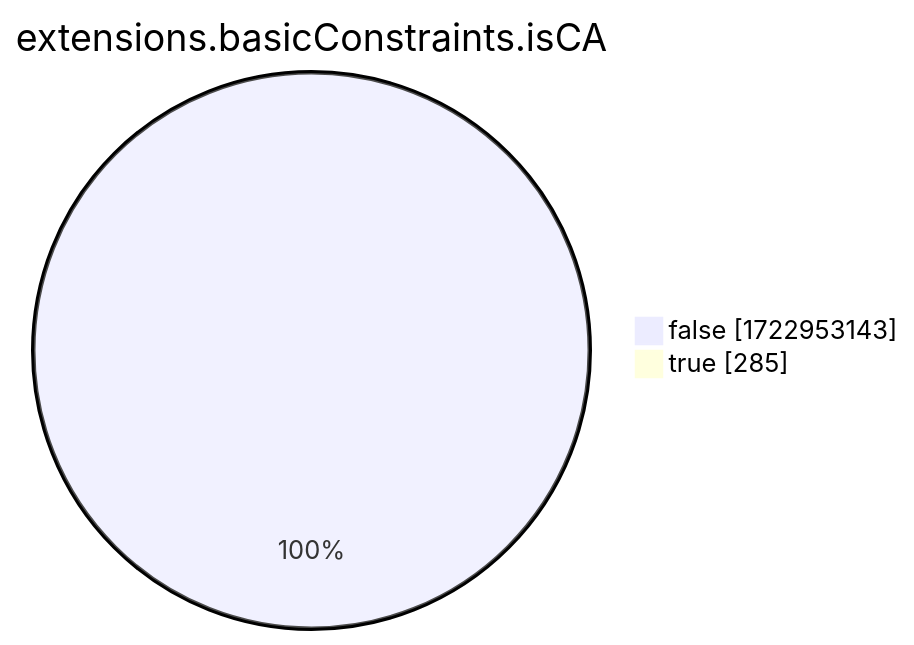
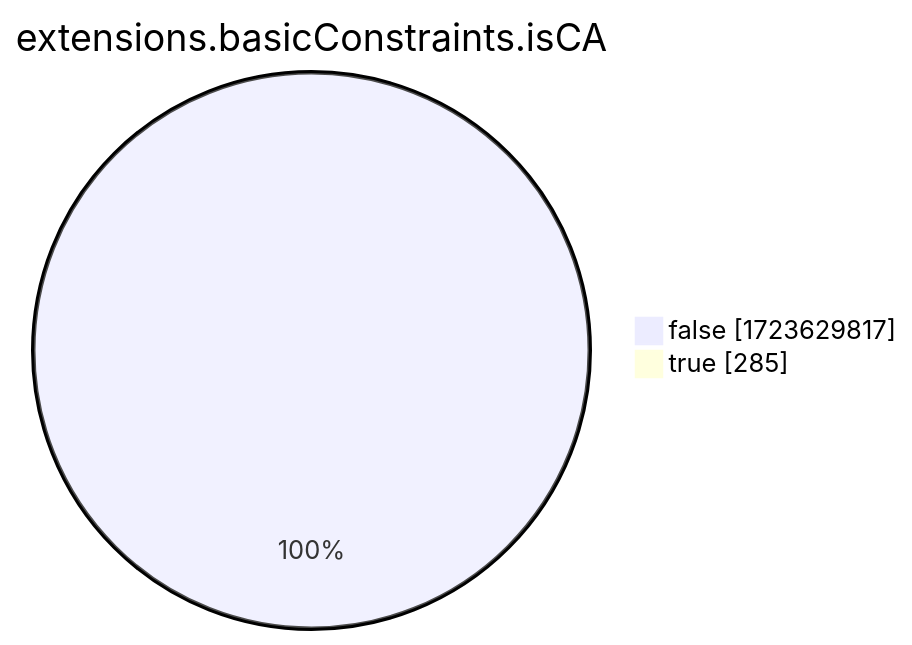
The eighth of 15 diagrams in xenon2022/README.md (christiankrug/ctmonitor_visualization), drawn with Mermaid before and after one commit. The commit also changed other lines of this file, not shown here.

````diff
--- a/xenon2022/README.md
+++ b/xenon2022/README.md
@@ -2866,6 +2867,6 @@
 ```mermaid
 pie showData
 title extensions.basicConstraints.isCA
-"false" :1722953143
+"false" :1723629817
 "true" :285
 ```
````
